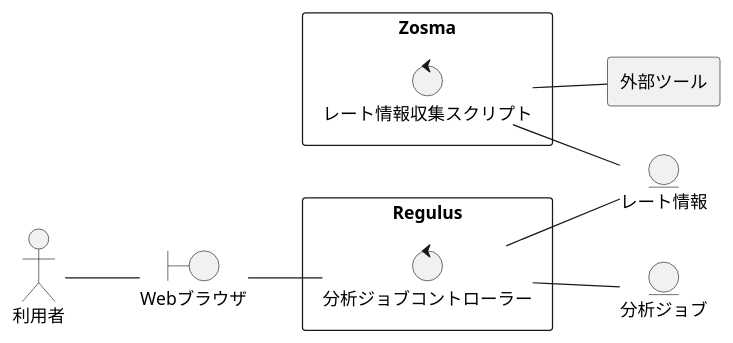
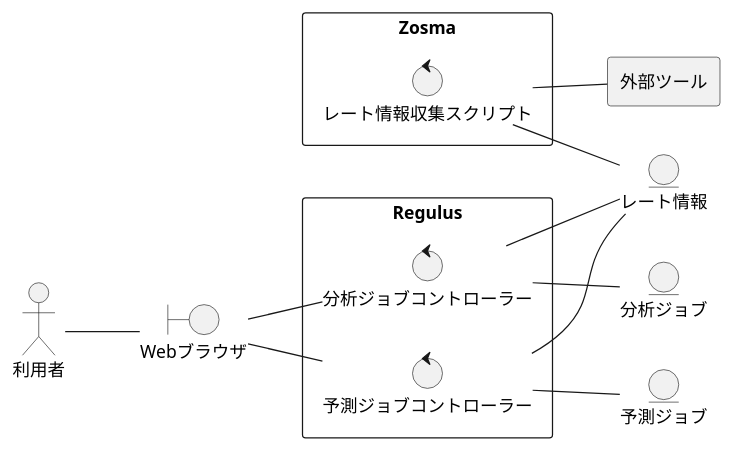
One commit to Leonis0813/chort changed the diagram in fx-rate_estimator/index.rst. Above: the diagram before and after it, drawn with PlantUML.

Commit message:
modify index

```diff
--- a/fx-rate_estimator/index.rst
+++ b/fx-rate_estimator/index.rst
@@ -9,26 +9,31 @@
 .. uml::
 
    left to right direction
    skinparam packageStyle rect
    actor 利用者
    boundary Webブラウザ
    entity レート情報
    entity 分析ジョブ
+   entity 予測ジョブ
 
    利用者 -- Webブラウザ
 
    rectangle Regulus {
      control 分析ジョブコントローラー
+     control 予測ジョブコントローラー
      Webブラウザ -- 分析ジョブコントローラー
+     Webブラウザ -- 予測ジョブコントローラー
      分析ジョブコントローラー -- レート情報
+     予測ジョブコントローラー -- レート情報
      分析ジョブコントローラー -- 分析ジョブ
+     予測ジョブコントローラー -- 予測ジョブ
    }
 
    rectangle 外部ツール {
    }
 
    rectangle Zosma {
      control レート情報収集スクリプト
      レート情報収集スクリプト -- 外部ツール
      レート情報収集スクリプト -- レート情報
    }
```
